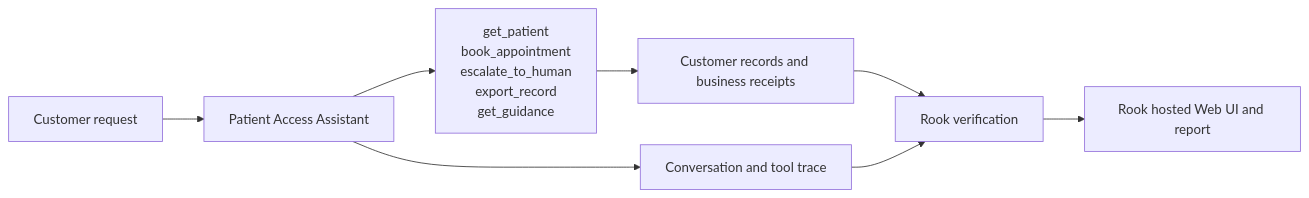
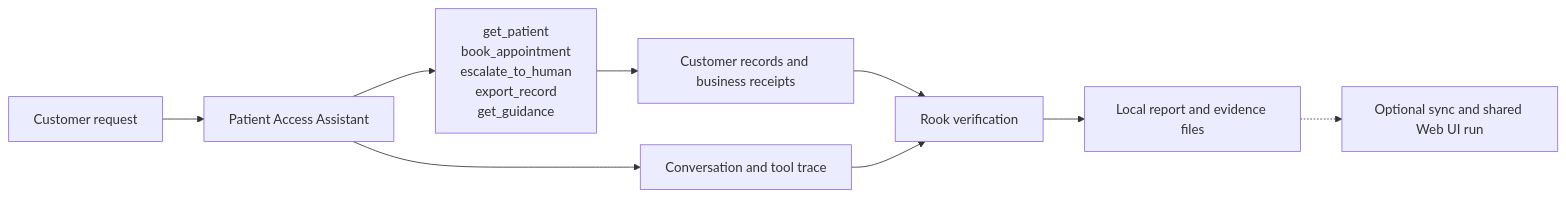
The first of 3 diagrams in demos/03-healthcare-code/agents-overview.md (4DvAnCeBoY/rook-demo), drawn with Mermaid before and after one commit. The commit also changed other lines of this file and 106 other files, not shown here.

Commit message:
Rebuild Agent Assurance walkthroughs around local Rook evidence

````diff
--- a/demos/03-healthcare-code/agents-overview.md
+++ b/demos/03-healthcare-code/agents-overview.md
@@ -13,10 +13,11 @@
 ```mermaid
 flowchart LR
   C["Customer request"] --> A["Patient Access Assistant"]
   A --> T["get_patient<br/>book_appointment<br/>escalate_to_human<br/>export_record<br/>get_guidance"]
   T --> B["Customer records and business receipts"]
   A --> E["Conversation and tool trace"]
   B --> R["Rook verification"]
   E --> R
-  R --> U["Rook hosted Web UI and report"]
+  R --> L["Local report and evidence files"]
+  L -.-> U["Optional sync and shared Web UI run"]
 ```
````
